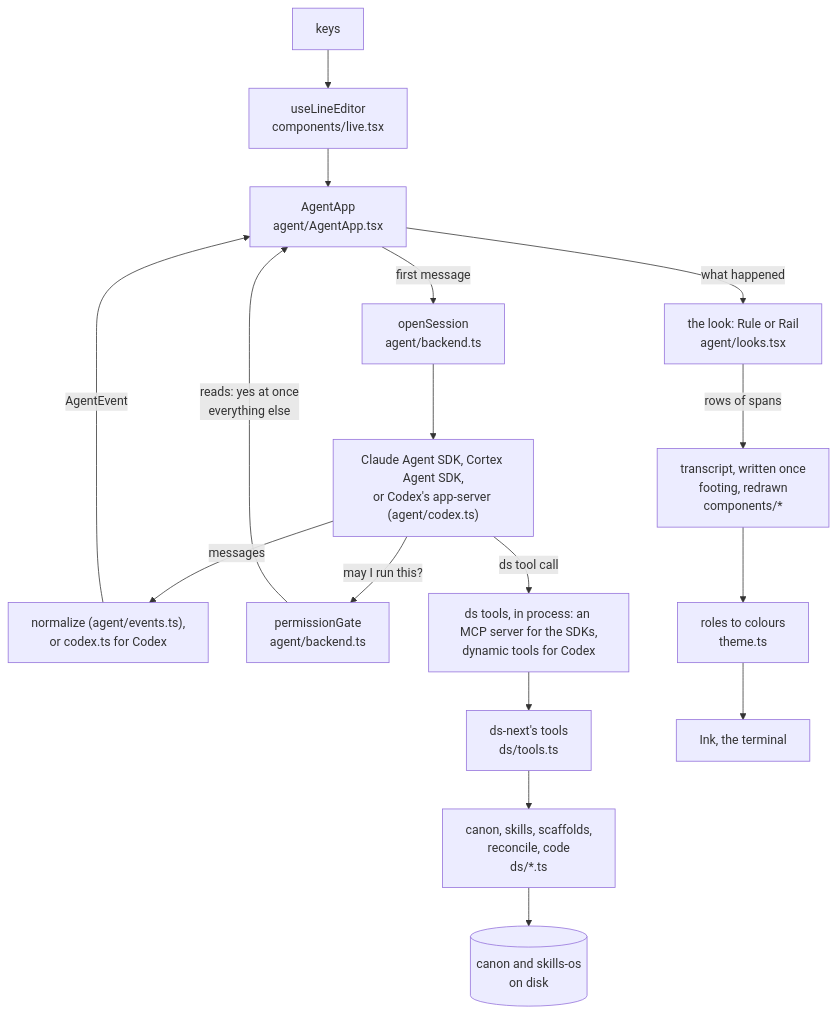
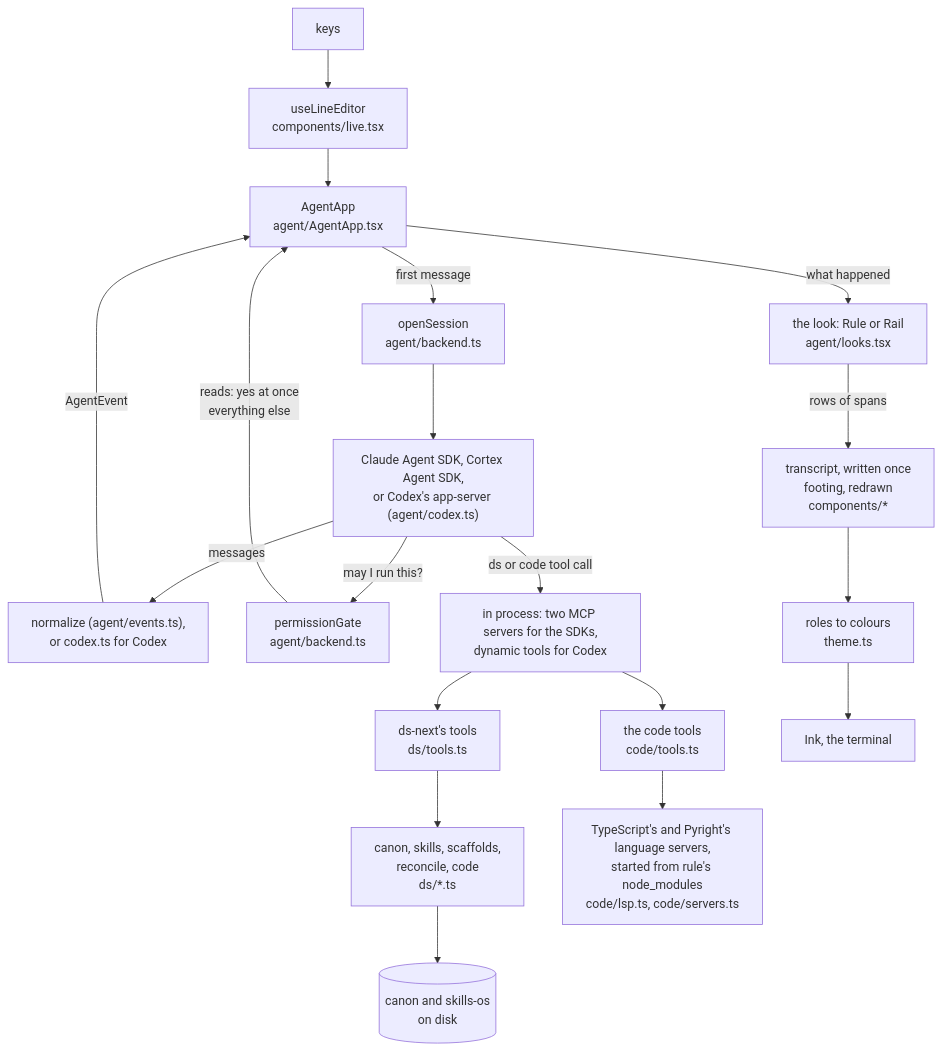
One commit to cwkoenigs/ds-code changed the diagram in ARCHITECTURE.md. Above: the diagram before and after it, drawn with Mermaid. The commit also changed other lines of this file and 34 other files, not shown here.

First line of the commit message:
The code tools: definitions, references, callers and change impact from language servers rule ships

````diff
--- a/ARCHITECTURE.md
+++ b/ARCHITECTURE.md
@@ -9,19 +9,21 @@
 ```mermaid
 flowchart TD
   key[keys] --> editor["useLineEditor<br/>components/live.tsx"]
   editor --> app["AgentApp<br/>agent/AgentApp.tsx"]
   app -- "first message" --> session["openSession<br/>agent/backend.ts"]
   session --> sdk["Claude Agent SDK, Cortex Agent SDK,<br/>or Codex's app-server (agent/codex.ts)"]
   sdk -- "messages" --> events["normalize (agent/events.ts),<br/>or codex.ts for Codex"]
   events -- "AgentEvent" --> app
   sdk -- "may I run this?" --> gate["permissionGate<br/>agent/backend.ts"]
   gate -- "reads: yes at once<br/>everything else" --> app
-  sdk -- "ds tool call" --> server["ds tools, in process: an MCP server for the SDKs,<br/>dynamic tools for Codex"]
+  sdk -- "ds or code tool call" --> server["in process: two MCP servers for the SDKs,<br/>dynamic tools for Codex"]
   server --> tools["ds-next's tools<br/>ds/tools.ts"]
   tools --> kb["canon, skills, scaffolds,<br/>reconcile, code<br/>ds/*.ts"]
   kb --> disk[("canon and skills-os<br/>on disk")]
+  server --> code["the code tools<br/>code/tools.ts"]
+  code --> lsp["TypeScript's and Pyright's language servers,<br/>started from rule's node_modules<br/>code/lsp.ts, code/servers.ts"]
   app -- "what happened" --> look["the look: Rule or Rail<br/>agent/looks.tsx"]
   look -- "rows of spans" --> screen["transcript, written once<br/>footing, redrawn<br/>components/*"]
   screen --> theme["roles to colours<br/>theme.ts"]
   theme --> ink[Ink, the terminal]
 ```
````
